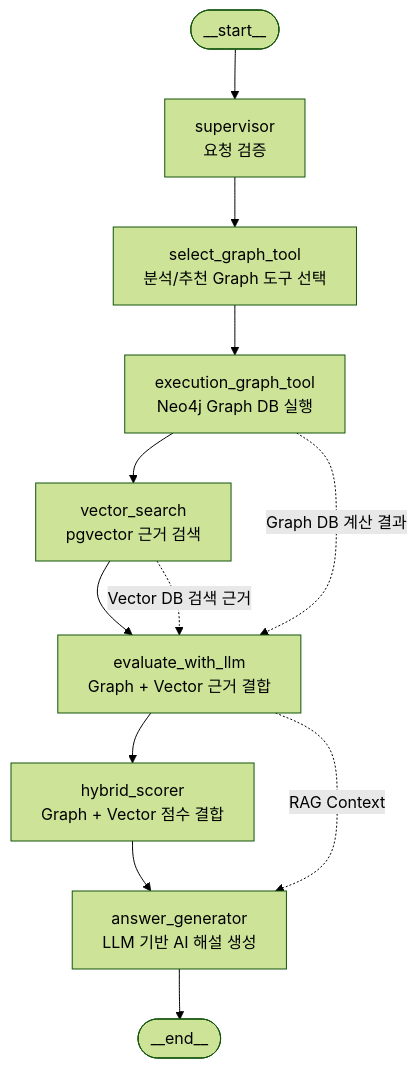
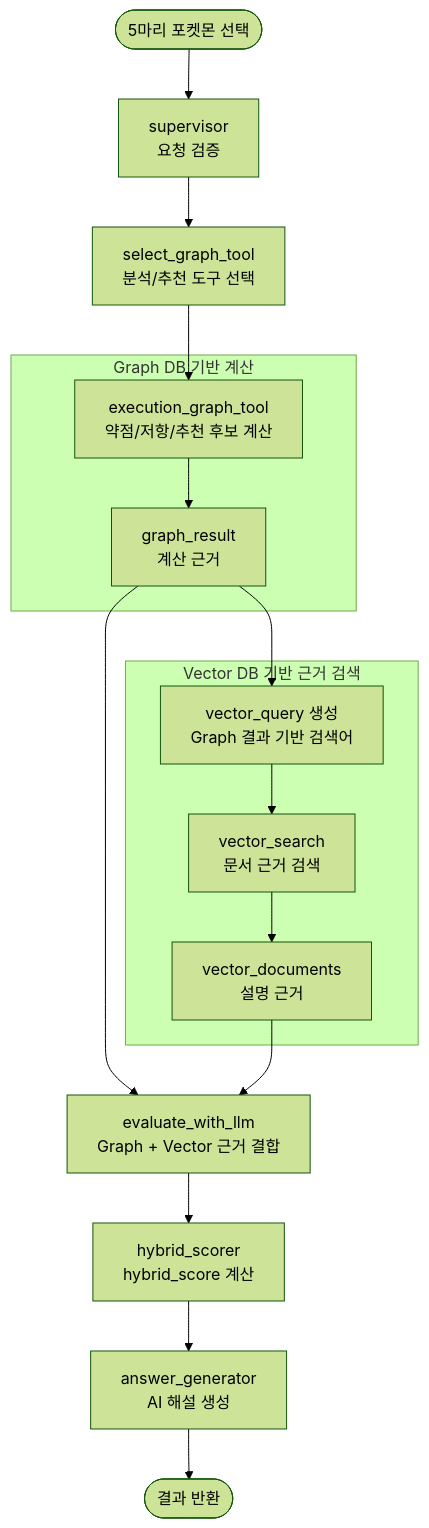
Before and after one commit to SKNETWORKS-FAMILY-AICAMP/SKN27-3rd-3TEAM: the third of 5 diagrams in docs/팀빌딩/06_시스템아키텍처구성도.md, drawn with Mermaid (forest theme). The commit also changed other lines of this file and 2 other files, not shown here.

Commit message:
md 파일들 수정정

````diff
--- a/docs/팀빌딩/06_시스템아키텍처구성도.md
+++ b/docs/팀빌딩/06_시스템아키텍처구성도.md
@@ -172,25 +173,29 @@
 ```mermaid
 flowchart TD
-    START(["__start__"])
+    START(["5마리 포켓몬 선택"])
     SUP["supervisor<br/>요청 검증"]
-    SELECT["select_graph_tool<br/>분석/추천 Graph 도구 선택"]
-    GRAPH["execution_graph_tool<br/>Neo4j Graph DB 실행"]
-    VECTOR["vector_search<br/>pgvector 근거 검색"]
+    SELECT["select_graph_tool<br/>분석/추천 도구 선택"]
+
+    subgraph GRAPH_SIDE["Graph DB 기반 계산"]
+        GRAPH["execution_graph_tool<br/>약점/저항/추천 후보 계산"]
+        G_DOC["graph_result<br/>계산 근거"]
+    end
+
+    subgraph VECTOR_SIDE["Vector DB 기반 근거 검색"]
+        QUERY["vector_query 생성<br/>Graph 결과 기반 검색어"]
+        VECTOR["vector_search<br/>문서 근거 검색"]
+        V_DOC["vector_documents<br/>설명 근거"]
+    end
+
     EVAL["evaluate_with_llm<br/>Graph + Vector 근거 결합"]
-    RERANK["hybrid_scorer<br/>Graph + Vector 점수 결합"]
-    ANSWER["answer_generator<br/>LLM 기반 AI 해설 생성"]
-    END(["__end__"])
+    SCORE["hybrid_scorer<br/>hybrid_score 계산"]
+    ANSWER["answer_generator<br/>AI 해설 생성"]
+    END(["결과 반환"])
 
-    START --> SUP
-    SUP --> SELECT
-    SELECT --> GRAPH
-    GRAPH --> VECTOR
-    VECTOR --> EVAL
-    EVAL --> RERANK
-    RERANK --> ANSWER
-    ANSWER --> END
-
-    GRAPH -. "Graph DB 계산 결과" .-> EVAL
-    VECTOR -. "Vector DB 검색 근거" .-> EVAL
-    EVAL -. "RAG Context" .-> ANSWER
+    START --> SUP --> SELECT --> GRAPH
+    GRAPH --> G_DOC
+    G_DOC --> QUERY --> VECTOR --> V_DOC
+    G_DOC --> EVAL
+    V_DOC --> EVAL
+    EVAL --> SCORE --> ANSWER --> END
 ```
````
